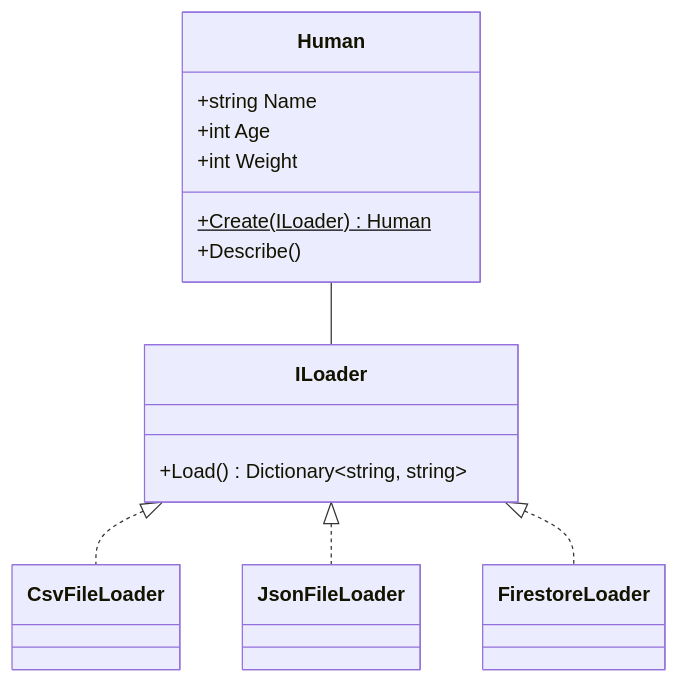
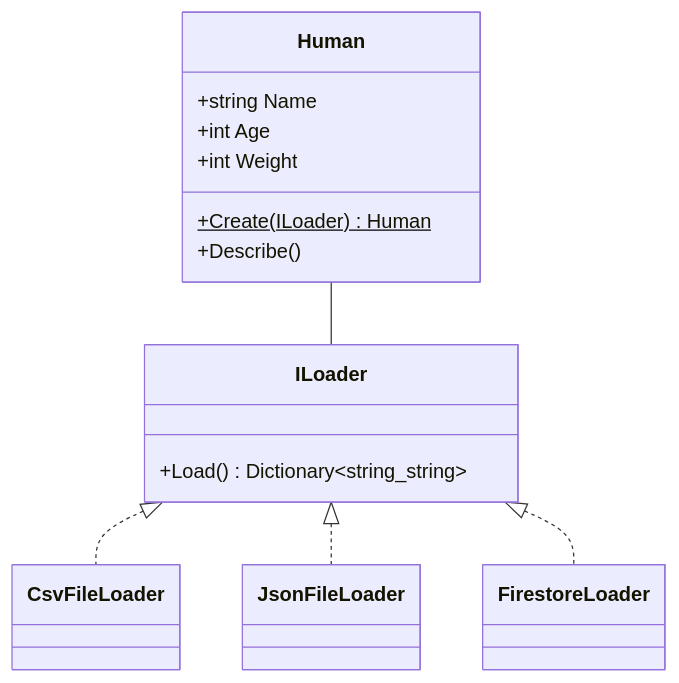
One commit to kmycode/zenn-articles changed the fifth of 6 diagrams in articles/asuka-cs-1-7-dependson.md. Above: the diagram before and after it, drawn with Mermaid. The commit also changed other lines of this file and 4 other files, not shown here.

````diff
--- a/articles/asuka-cs-1-7-dependson.md
+++ b/articles/asuka-cs-1-7-dependson.md
@@ -493,17 +493,17 @@
 ```mermaid
 classDiagram
   ILoader <|.. CsvFileLoader
   ILoader <|.. JsonFileLoader
   ILoader <|.. FirestoreLoader
   Human -- ILoader
   class Human {
     +string Name
     +int Age
     +int Weight
     +Create(ILoader)$ Human
     +Describe()
   }
   class ILoader {
-    +Load() Dictionary~string, string~
+    +Load() Dictionary~string_string~
   }
 ```
````
